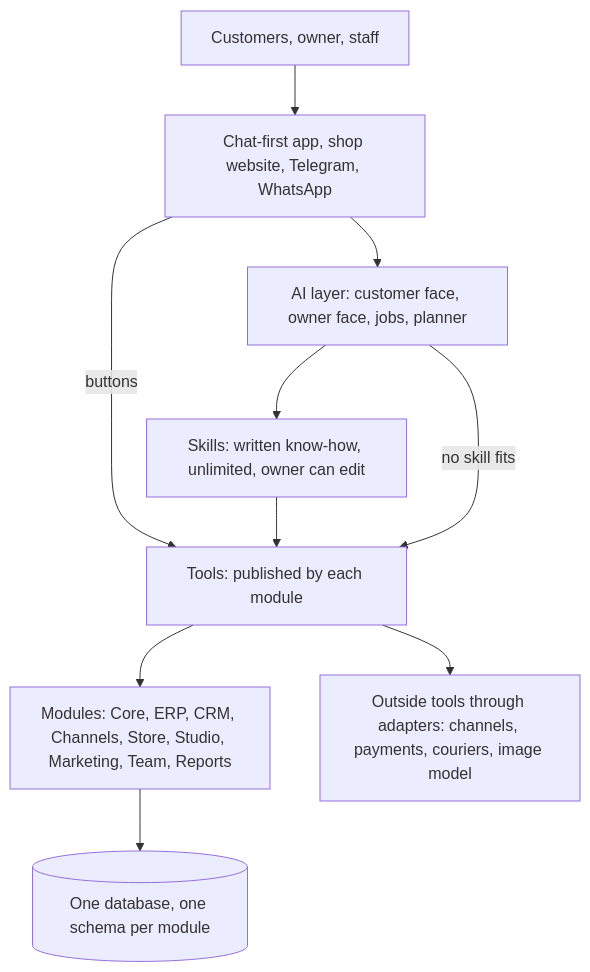
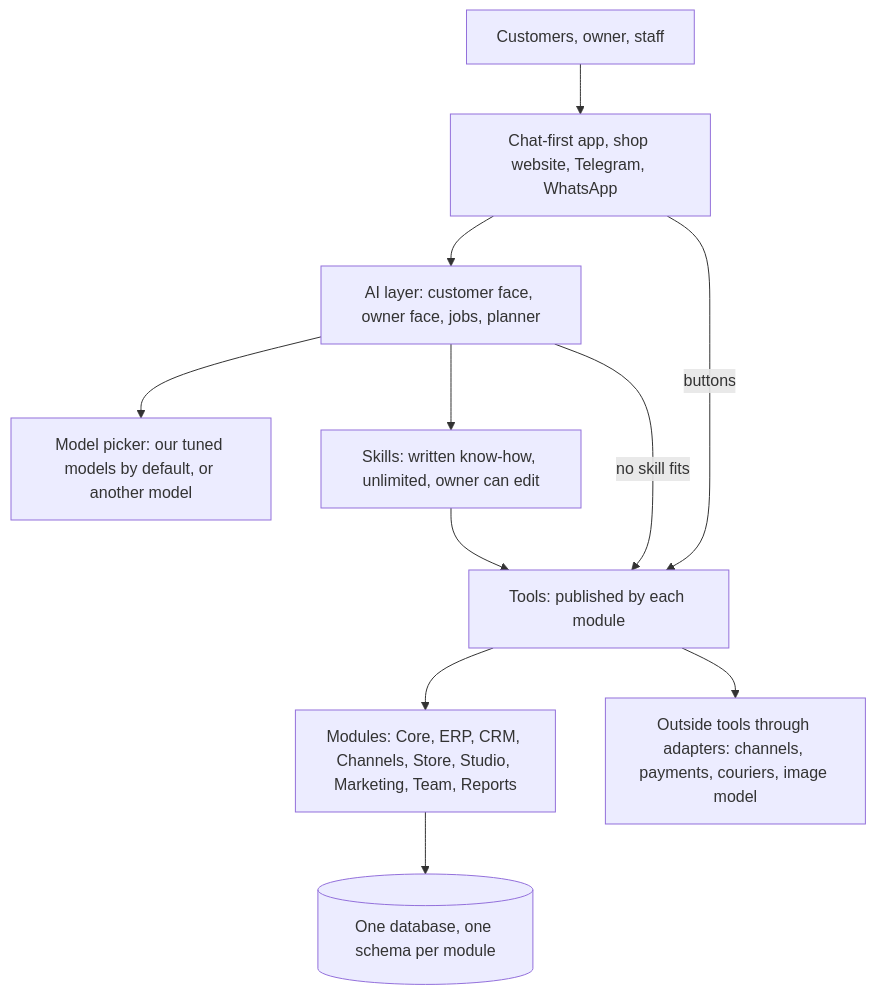
One commit to puagraduationproject/graduationproject changed the first of 9 diagrams in technical-structure.md. Above: the diagram before and after it, drawn with Mermaid. The commit also changed other lines of this file and 2 other files, not shown here.

Commit message:
Design: works like an AI code editor for a business; model picker with our models as default

````diff
--- a/technical-structure.md
+++ b/technical-structure.md
@@ -84,12 +110,13 @@
 ```mermaid
 flowchart TD
   P["Customers, owner, staff"] --> UI["Chat-first app, shop website, Telegram, WhatsApp"]
   UI --> AI["AI layer: customer face, owner face, jobs, planner"]
+  AI --> MP["Model picker: our tuned models by default, or another model"]
   UI -->|"buttons"| TL
   AI --> SK["Skills: written know-how, unlimited, owner can edit"]
   SK --> TL["Tools: published by each module"]
   AI -->|"no skill fits"| TL
   TL --> MOD["Modules: Core, ERP, CRM, Channels, Store, Studio, Marketing, Team, Reports"]
   TL --> OUT["Outside tools through adapters: channels, payments, couriers, image model"]
   MOD --> DB[("One database, one schema per module")]
 ```
````
